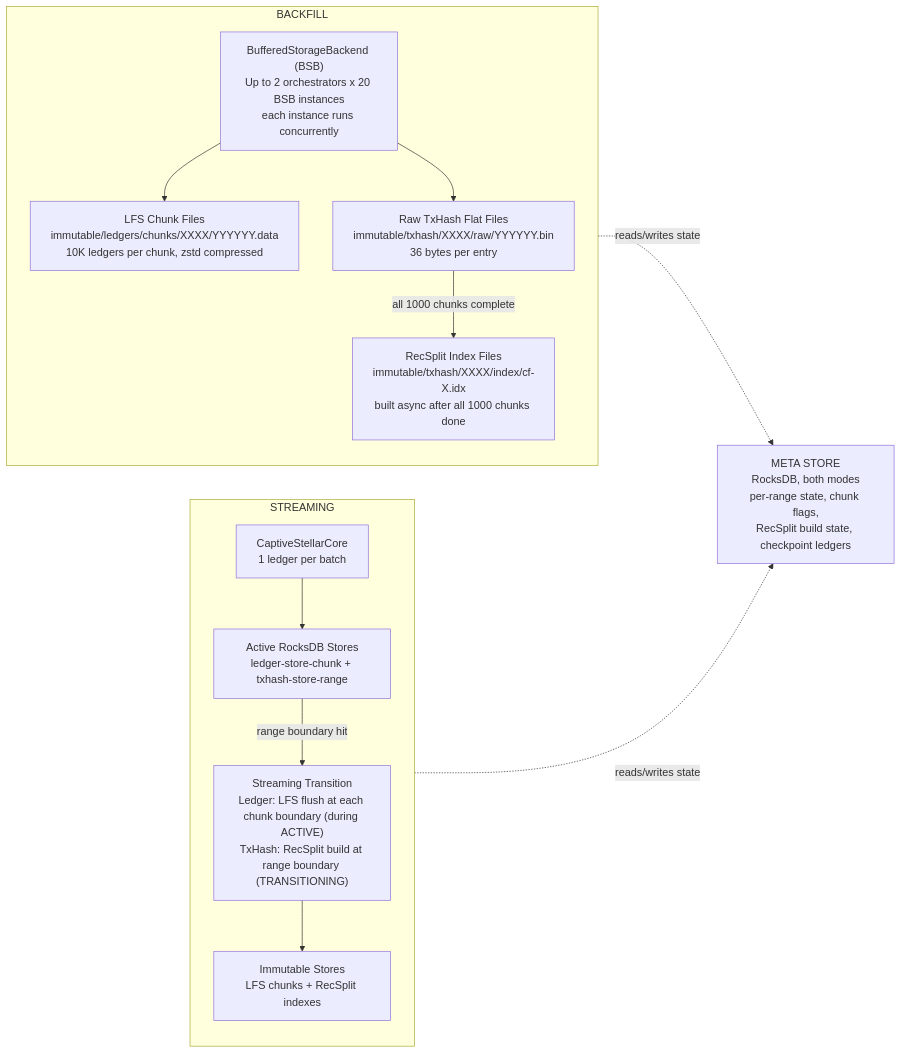
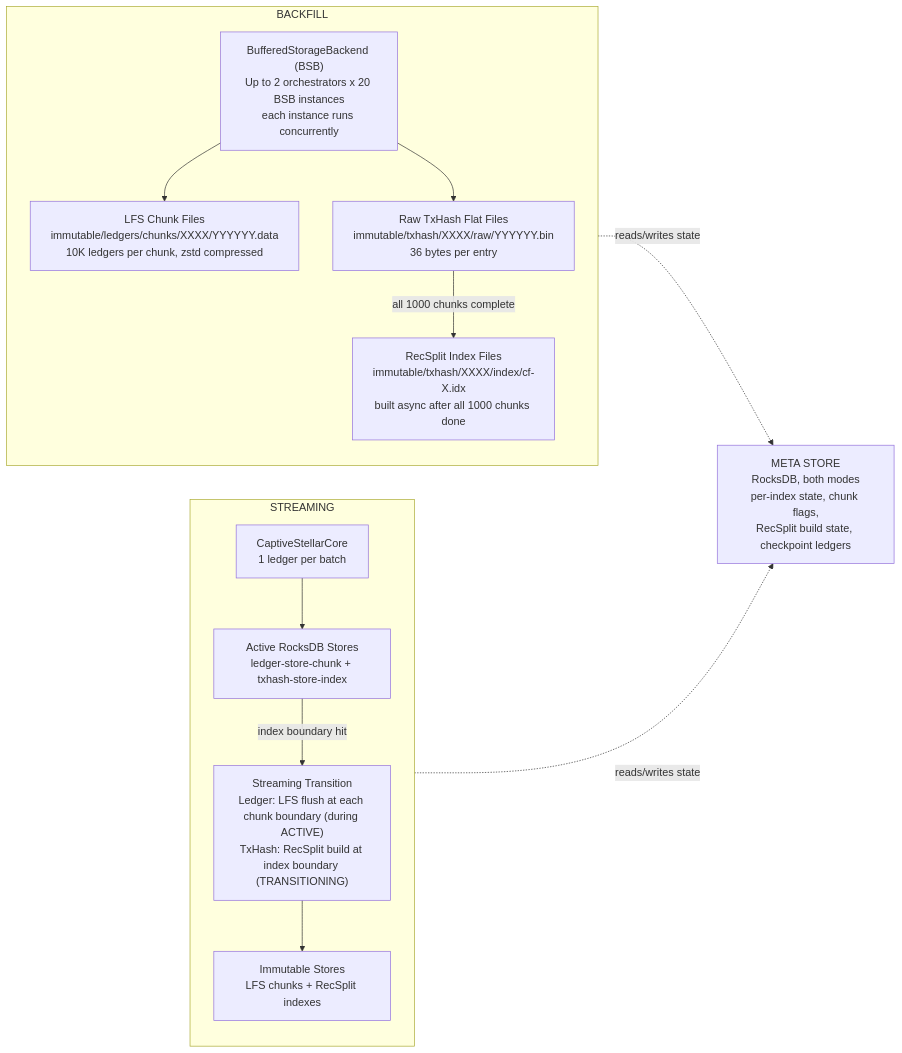
The first of 2 diagrams in full-history/design-docs/README.md (stellar/stellar-rpc), drawn with Mermaid before and after one commit. The commit also changed other lines of this file, not shown here.

Commit message:
docs: README — range→index, update key reference tables

````diff
--- a/full-history/design-docs/README.md
+++ b/full-history/design-docs/README.md
@@ -138,27 +138,27 @@
 ```mermaid
 flowchart LR
     subgraph BACKFILL
         BSB["BufferedStorageBackend (BSB)<br/>Up to 2 orchestrators x 20 BSB instances<br/>each instance runs concurrently"]
         LFS_B["LFS Chunk Files<br/>immutable/ledgers/chunks/XXXX/YYYYYY.data<br/>10K ledgers per chunk, zstd compressed"]
         TXRAW["Raw TxHash Flat Files<br/>immutable/txhash/XXXX/raw/YYYYYY.bin<br/>36 bytes per entry"]
         RECSPLIT_B["RecSplit Index Files<br/>immutable/txhash/XXXX/index/cf-X.idx<br/>built async after all 1000 chunks done"]
         BSB --> LFS_B
         BSB --> TXRAW
         TXRAW -->|all 1000 chunks complete| RECSPLIT_B
     end
 
     subgraph STREAMING
         CORE["CaptiveStellarCore<br/>1 ledger per batch"]
-        ACTIVE["Active RocksDB Stores<br/>ledger-store-chunk + txhash-store-range"]
-        TRANS["Streaming Transition<br/>Ledger: LFS flush at each chunk boundary (during ACTIVE)<br/>TxHash: RecSplit build at range boundary (TRANSITIONING)"]
+        ACTIVE["Active RocksDB Stores<br/>ledger-store-chunk + txhash-store-index"]
+        TRANS["Streaming Transition<br/>Ledger: LFS flush at each chunk boundary (during ACTIVE)<br/>TxHash: RecSplit build at index boundary (TRANSITIONING)"]
         IMM["Immutable Stores<br/>LFS chunks + RecSplit indexes"]
         CORE --> ACTIVE
-        ACTIVE -->|range boundary hit| TRANS
+        ACTIVE -->|index boundary hit| TRANS
         TRANS --> IMM
     end
 
-    META["META STORE<br/>RocksDB, both modes<br/>per-range state, chunk flags,<br/>RecSplit build state, checkpoint ledgers"]
+    META["META STORE<br/>RocksDB, both modes<br/>per-index state, chunk flags,<br/>RecSplit build state, checkpoint ledgers"]
 
     BACKFILL -.->|reads/writes state| META
     STREAMING -.->|reads/writes state| META
 ```
````
